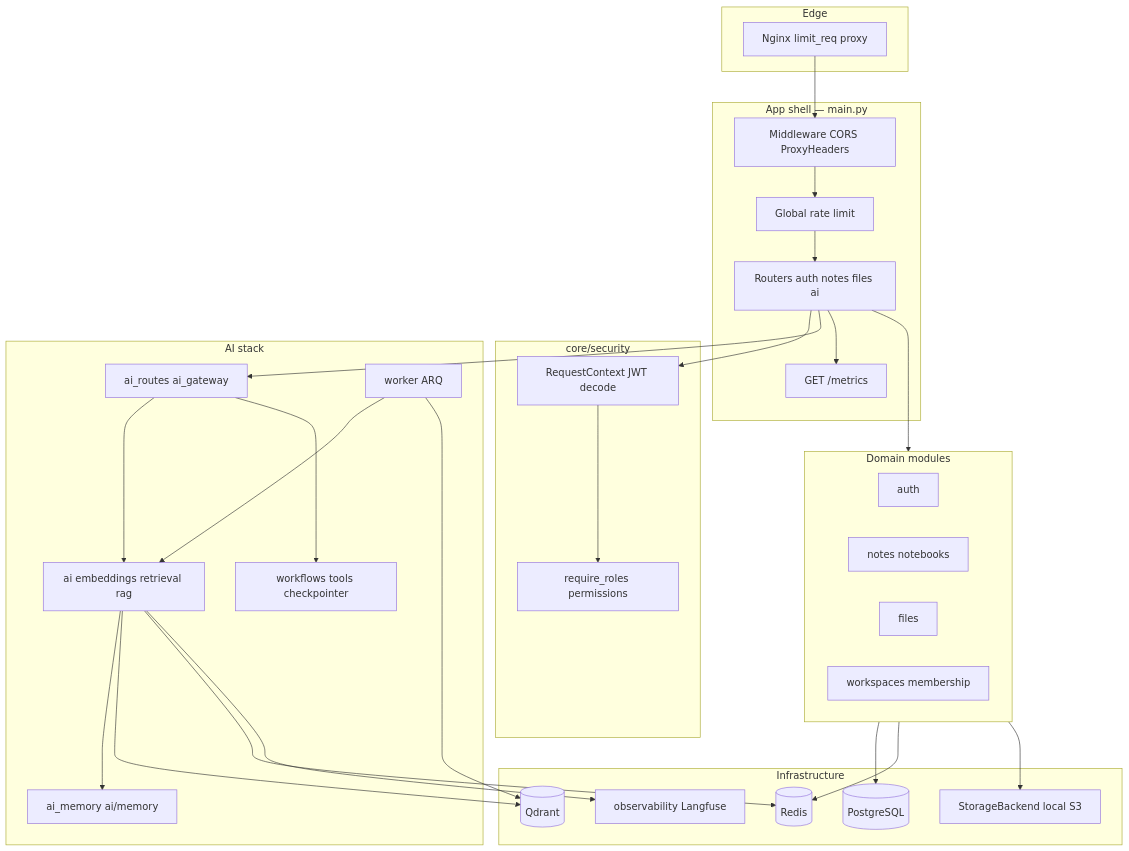
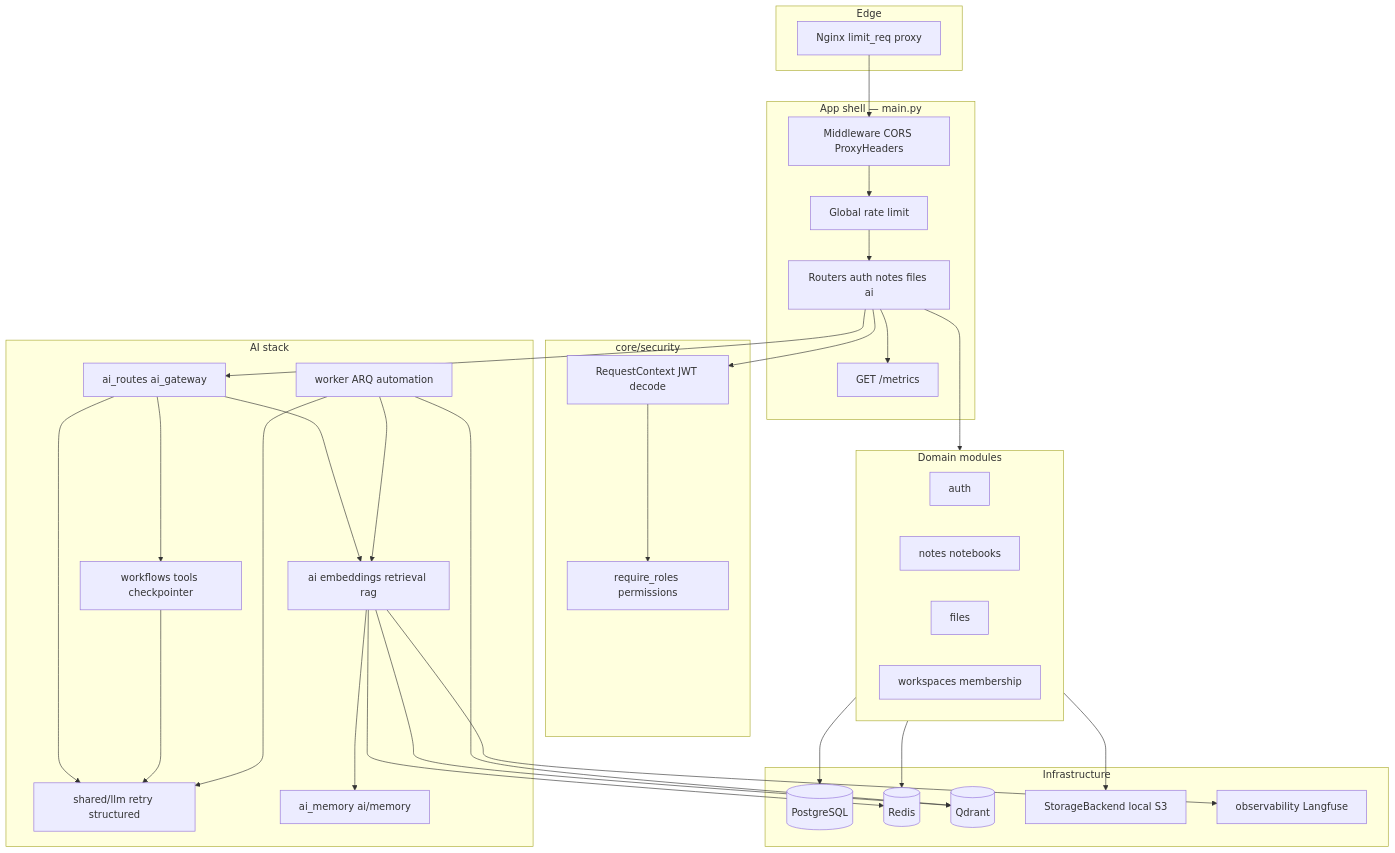
One commit to RudraPramanik/system-dashnote changed the second of 13 diagrams in docs/uml/diagrams.md. Above: the diagram before and after it, drawn with Mermaid. The commit also changed other lines of this file and 17 other files, not shown here.

````diff
--- a/docs/uml/diagrams.md
+++ b/docs/uml/diagrams.md
@@ -55,59 +55,63 @@
 ```mermaid
 flowchart TB
     subgraph Edge["Edge"]
         NGINX[Nginx limit_req proxy]
     end
 
     subgraph App["App shell — main.py"]
         MW[Middleware CORS ProxyHeaders]
         RL[Global rate limit]
         RT[Routers auth notes files ai]
         MET[GET /metrics]
     end
 
     subgraph Security["core/security"]
         CTX[RequestContext JWT decode]
         RBAC[require_roles permissions]
     end
 
     subgraph Domain["Domain modules"]
         AUTH[auth]
         NOTES[notes notebooks]
         FILES[files]
         WS[workspaces membership]
     end
 
     subgraph AI["AI stack"]
         ROUTES[ai_routes ai_gateway]
         CORE[ai embeddings retrieval rag]
+        SLLM[shared/llm retry structured]
         MEM[ai_memory ai/memory]
         AGENT[workflows tools checkpointer]
-        WRK[worker ARQ]
+        WRK[worker ARQ automation]
     end
 
     subgraph Infra["Infrastructure"]
         PG[(PostgreSQL)]
         RD[(Redis)]
         QD[(Qdrant)]
         ST[StorageBackend local S3]
         OBS[observability Langfuse]
     end
 
     NGINX --> MW
     MW --> RL --> RT
     RT --> CTX --> RBAC
     RT --> Domain
     RT --> ROUTES
     ROUTES --> CORE
+    ROUTES --> SLLM
     CORE --> MEM
     ROUTES --> AGENT
+    AGENT --> SLLM
+    WRK --> SLLM
     Domain --> PG
     Domain --> RD
     Domain --> ST
     CORE --> QD
     CORE --> RD
     WRK --> CORE
     WRK --> QD
     RT --> MET
     CORE --> OBS
 ```
````
